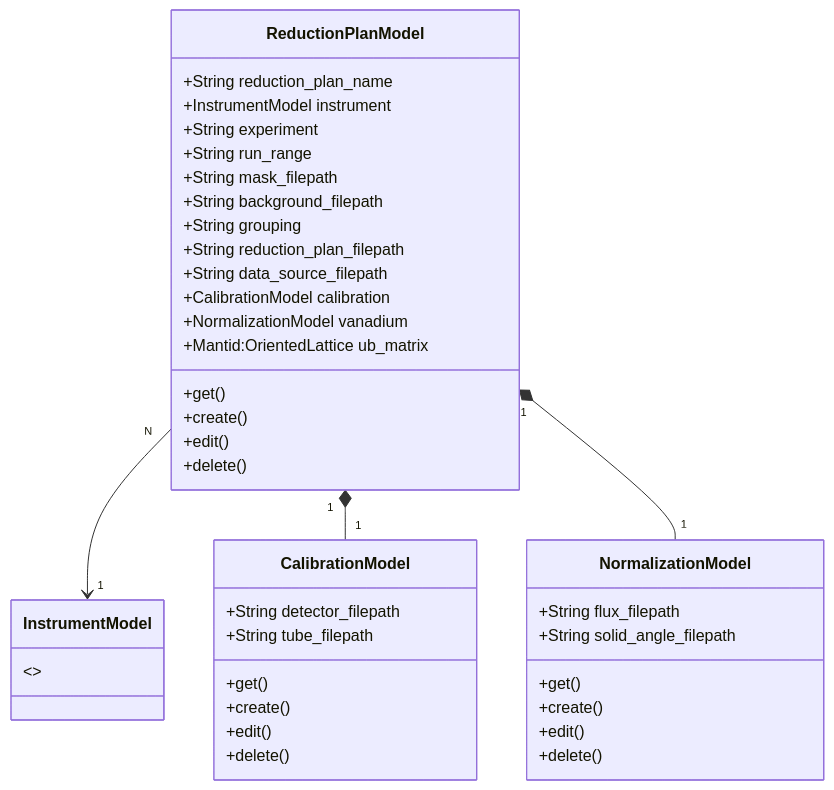
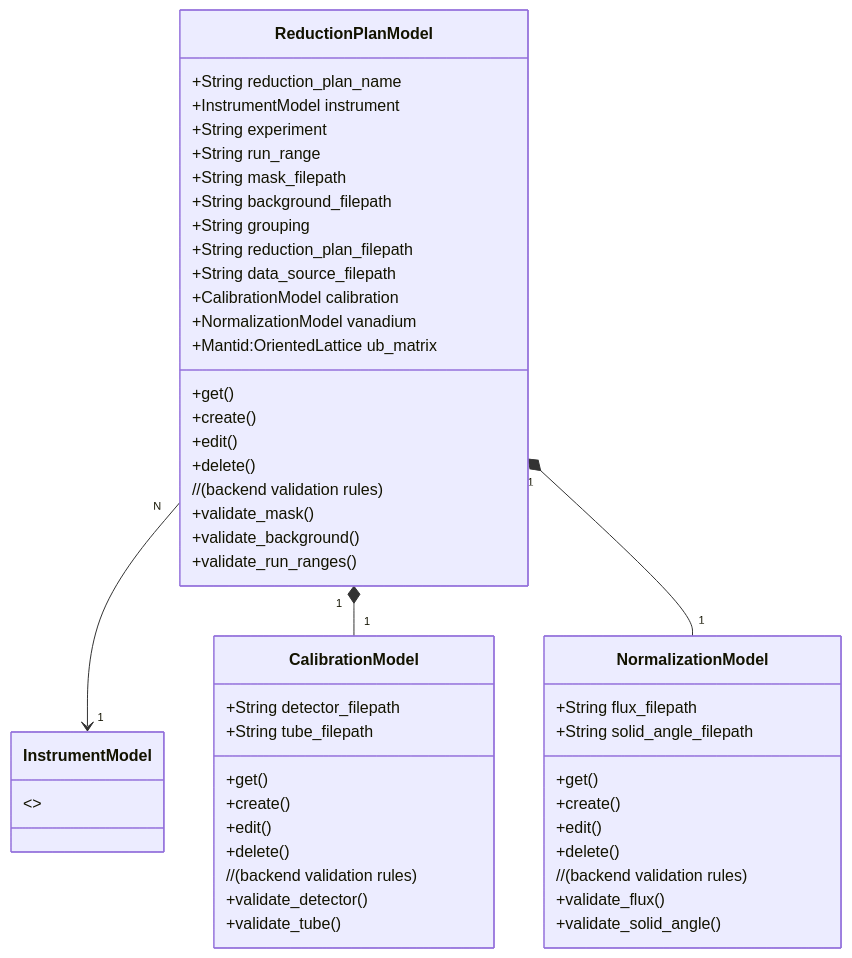
One commit to neutrons/garnet changed the diagram in docs/source/design/reduction_plan.rst. Above: the diagram before and after it, drawn with Mermaid. The commit also changed other lines of this file and 4 other files, not shown here.

```diff
--- a/docs/source/design/reduction_plan.rst
+++ b/docs/source/design/reduction_plan.rst
@@ -11,49 +11,58 @@
 .. mermaid::
 
  classDiagram
     ReductionPlanModel "N" -->"1" InstrumentModel
     ReductionPlanModel "1" *--"1" CalibrationModel
     ReductionPlanModel "1" *--"1" NormalizationModel
 
     class ReductionPlanModel{
         +String reduction_plan_name
         +InstrumentModel instrument
         +String experiment
         +String run_range
         +String mask_filepath
         +String background_filepath
         +String grouping
         +String reduction_plan_filepath
         +String data_source_filepath
         +CalibrationModel calibration
         +NormalizationModel vanadium
         +Mantid:OrientedLattice ub_matrix
         +get()
         +create()
         +edit()
         +delete()
-
+        //(backend validation rules)
+        +validate_mask()
+        +validate_background()
+        +validate_run_ranges()
     }
 
     class InstrumentModel{
         <>
     }
 
 
     class CalibrationModel{
         +String detector_filepath
         +String tube_filepath
         +get()
         +create()
         +edit()
         +delete()
+        //(backend validation rules)
+        +validate_detector()
+        +validate_tube()
     }
 
     class NormalizationModel{
         +String flux_filepath
         +String solid_angle_filepath
         +get()
         +create()
         +edit()
         +delete()
+        //(backend validation rules)
+        +validate_flux()
+        +validate_solid_angle()
     }
```
